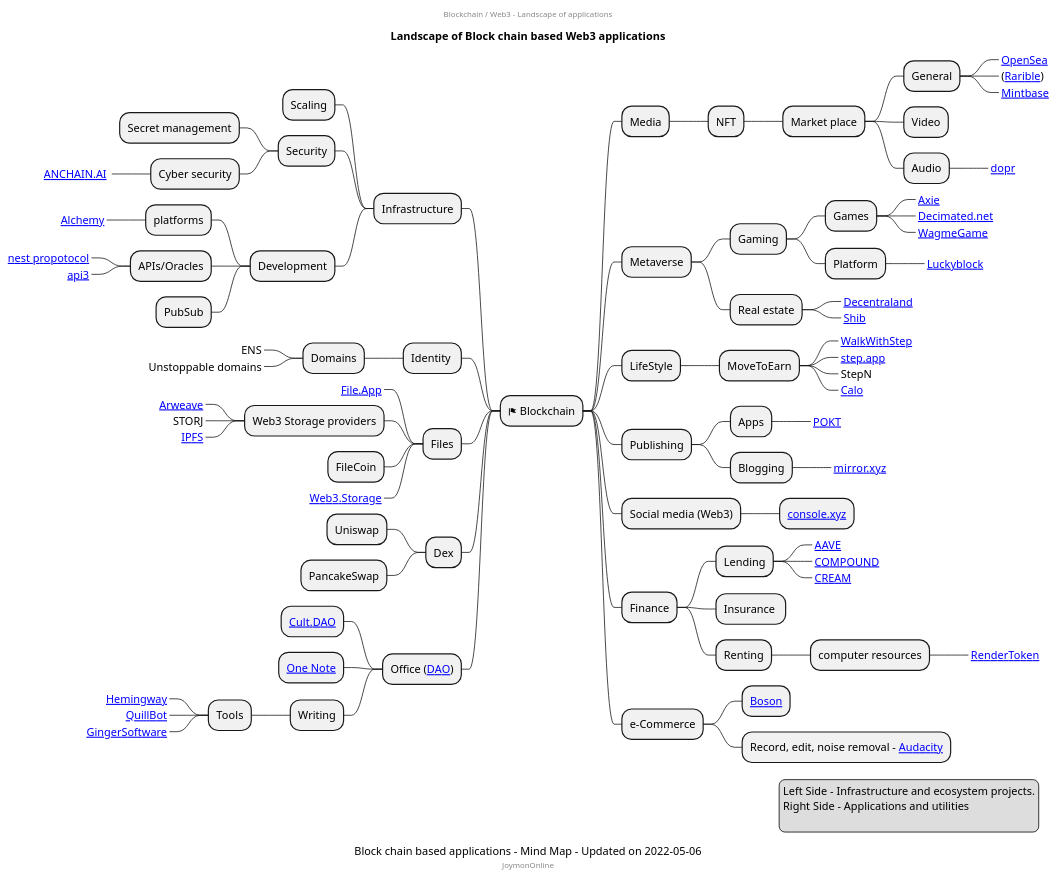
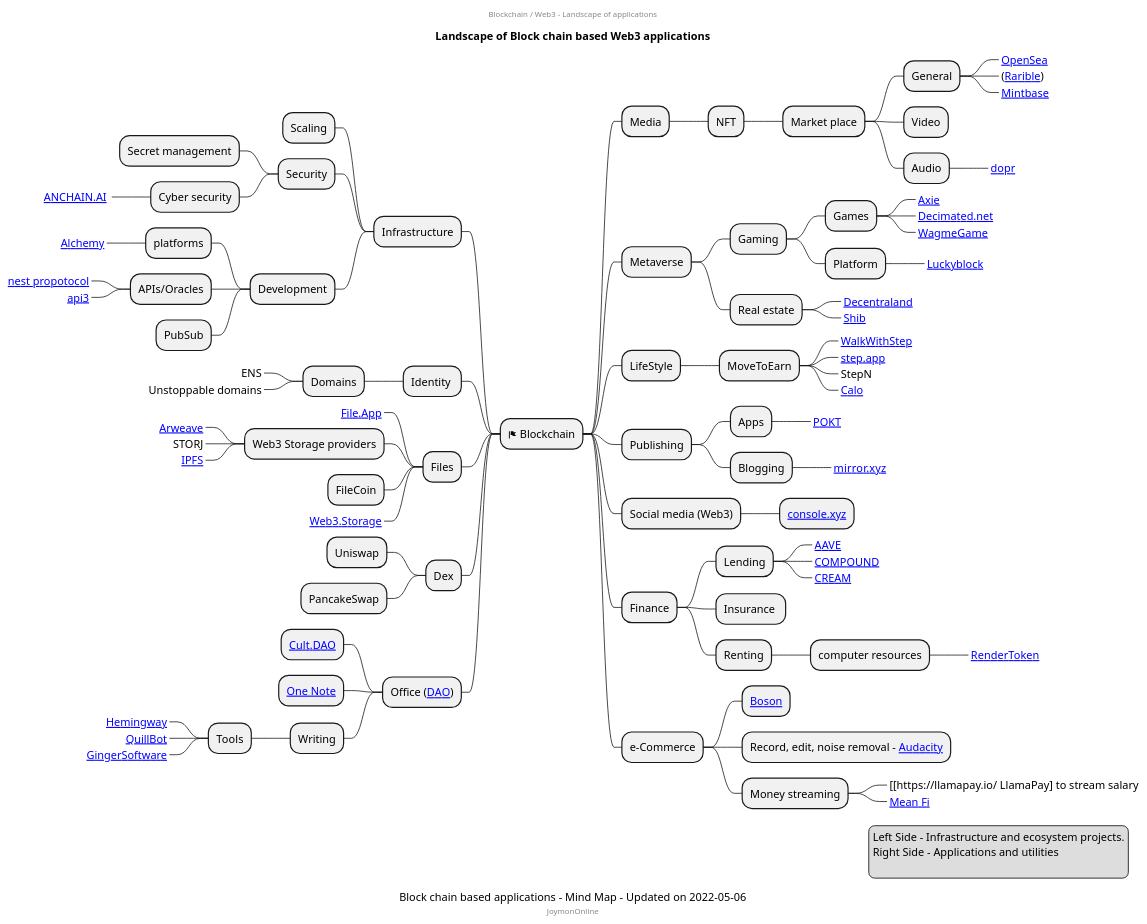
One commit to mind-maps/blockchain changed the diagram in applications.puml. Above: the diagram before and after it, drawn with PlantUML.

```diff
--- a/applications.puml
+++ b/applications.puml
@@ -1,108 +1,111 @@
 @startmindmap
 center header
 Blockchain / Web3 - Landscape of applications
 endheader
 title Landscape of Block chain based Web3 applications 
 caption Block chain based applications - Mind Map - Updated on 2022-05-06
 center footer JoymonOnline
 * <&flag> Blockchain
 ** Media
 *** NFT
 **** Market place
 ***** General
 ******_ [[https://en.wikipedia.org/wiki/PlantUML OpenSea]]
 ******_ ([[https://www.youtube.com/watch?v=Zt3Bj1HMJ8g Rarible]])
 ******_ [[https://en.wikipedia.org/wiki/Markdown Mintbase]]
 ***** Video
 ***** Audio
 ******_ [[https://dopr.xyz dopr]]
 
 ** Metaverse
 *** Gaming
 **** Games
 *****_ [[https://axieinfinity.com/ Axie]]
 *****_ [[https://www.decimated.net/ Decimated.net]]
 *****_ [[https://wagmigame.io WagmeGame]]
 **** Platform
 *****_ [[https://Luckyblock.com Luckyblock]]
 *** Real estate
 ****_ [[https://notepad-plus-plus.org/ Decentraland]]
 ****_ [[https://shib.io Shib]]
 
 ** LifeStyle
 *** MoveToEarn
 ****_ [[https://www.walkwithstep.io/ WalkWithStep]]
 ****_ [[https://step.app/try-app step.app]]
 ****_ StepN
 ****_ [[https://calo.run Calo]]
 
 ** Publishing
 *** Apps
 ****_ [[https://pokt.network POKT]]
 *** Blogging
 ****_ [[https://mirror.xyz/ mirror.xyz]]
 
 ** Social media (Web3)
 *** [[https://console.xyz console.xyz]]
 
 ** Finance
 *** Lending
 ****_ [[https://trello.com/ AAVE]]
 ****_ [[https://trello.com/ COMPOUND]]
 ****_ [[https://trello.com/ CREAM]]
 *** Insurance 
 *** Renting
 **** computer resources
 *****_ [[https://rendertoken.com RenderToken]]
 ** e-Commerce
 *** [[https://www.bosonprotocol.io/ Boson]]
 *** Record, edit, noise removal - [[https://www.audacityteam.org/download/ Audacity]]
+*** Money streaming
+****_ [[https://llamapay.io/ LlamaPay] to stream salary
+****_ [[meanfi.com Mean Fi]]
 
 left side
 ** Infrastructure
 *** Scaling
 *** Security
 **** Secret management
 **** Cyber security
 *****_ [[https://anchain.ai ANCHAIN.AI]] 
 *** Development
 **** platforms
 *****_ [[https://www.alchemy.com/ Alchemy]]
 **** APIs/Oracles
 *****_ [[https://nestprotocol.org nest propotocol]]
 *****_ [[https://api3.org api3]]
 **** PubSub
 ** Identity 
 *** Domains
 ****_ ENS
 ****_ Unstoppable domains
 
 ** Files
 ***_ [[https://file.app/ File.App]]
 *** Web3 Storage providers
 ****_ [[http://www.alldup.info/en_download_alldup.php Arweave]]
 ****_ STORJ
 ****_ [[https://winmerge.org/?lang=en IPFS]]
 *** FileCoin
 ***_ [[https://web3.storage/ Web3.Storage]]
 
 ** Dex
 *** Uniswap
 *** PancakeSwap
 
 ** Office ([[https://medium.com/bankless-dao/daos-unlock-how-were-made-to-work-df84f747fbe DAO]])
 *** [[https://cultdao.io Cult.DAO]]
 *** [[https://www.onenote.com/ One Note]]
 *** Writing
 **** Tools
 *****_ [[https://hemingwayapp.com/ Hemingway]]
 *****_ [[https://quillbot.com/ QuillBot]]
 *****_ [[https://www.gingersoftware.com/ GingerSoftware]]
 
 legend right
 Left Side - Infrastructure and ecosystem projects.
 Right Side - Applications and utilities
   
 endlegend
 
 @endmindmap
```
